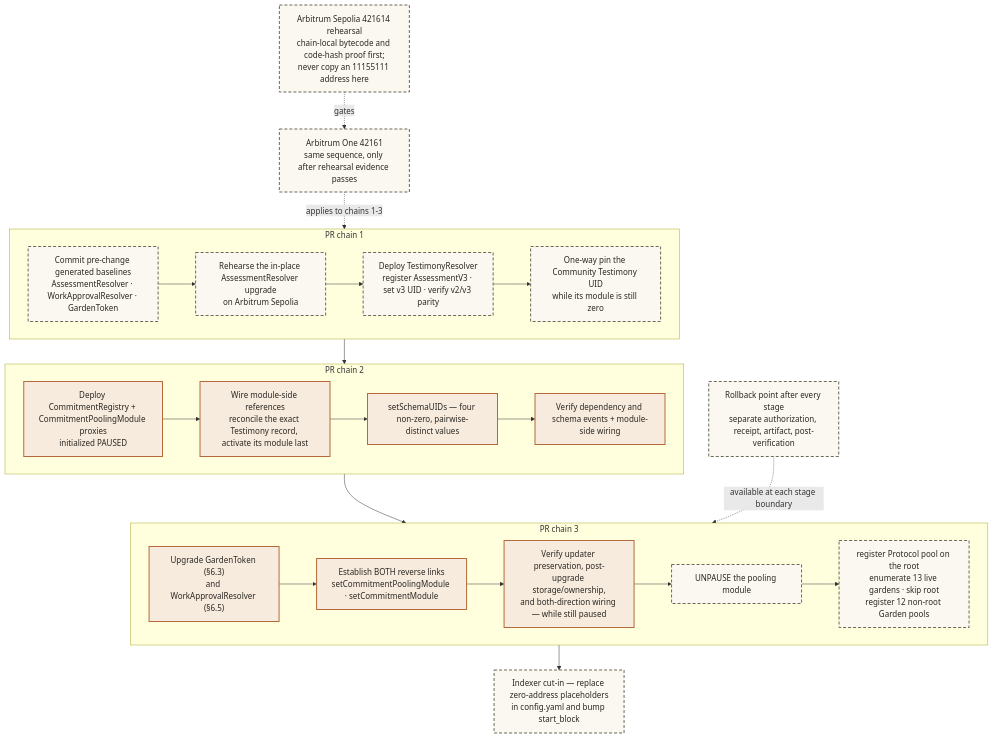
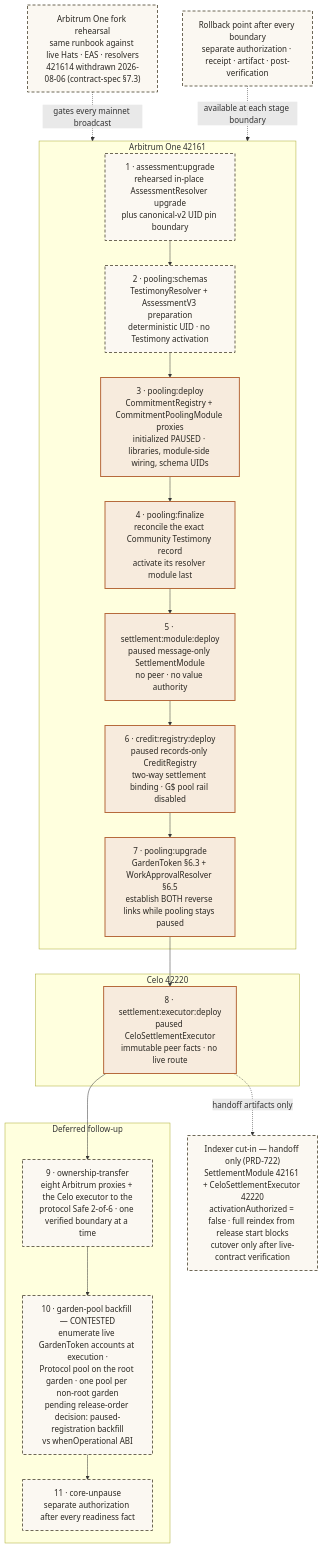
Diagram 38 of 43 in .plans/active/commitment-pooling/diagrams.md (greenpill-dev-guild/green-goods), drawn with Mermaid before and after one commit. The commit also changed other lines of this file and 6 other files, not shown here.

First line of the commit message:
docs(commitment-pooling): realign the architecture tab with the merged contracts

````diff
--- a/.plans/active/commitment-pooling/diagrams.md
+++ b/.plans/active/commitment-pooling/diagrams.md
@@ -2240,44 +2287,40 @@
 ```mermaid
 flowchart TB
-  subgraph C1["PR chain 1"]
-    A1["Commit pre-change generated baselines<br/>AssessmentResolver · WorkApprovalResolver · GardenToken"]
-    A2["Rehearse the in-place AssessmentResolver upgrade<br/>on Arbitrum Sepolia"]
-    A3["Deploy TestimonyResolver<br/>register AssessmentV3 · set v3 UID · verify v2/v3 parity"]
-    A4["One-way pin the Community Testimony UID<br/>while its module is still zero"]
-    A1 --> A2 --> A3 --> A4
+  subgraph ARB1["Arbitrum One 42161"]
+    S1["1 · assessment:upgrade<br/>rehearsed in-place AssessmentResolver upgrade<br/>plus canonical-v2 UID pin boundary"]
+    S2["2 · pooling:schemas<br/>TestimonyResolver + AssessmentV3 preparation<br/>deterministic UID · no Testimony activation"]
+    S3["3 · pooling:deploy<br/>CommitmentRegistry + CommitmentPoolingModule proxies<br/>initialized PAUSED · libraries, module-side wiring, schema UIDs"]
+    S4["4 · pooling:finalize<br/>reconcile the exact Community Testimony record<br/>activate its resolver module last"]
+    S5["5 · settlement:module:deploy<br/>paused message-only SettlementModule<br/>no peer · no value authority"]
+    S6["6 · credit:registry:deploy<br/>paused records-only CreditRegistry<br/>two-way settlement binding · G$ pool rail disabled"]
+    S7["7 · pooling:upgrade<br/>GardenToken §6.3 + WorkApprovalResolver §6.5<br/>establish BOTH reverse links while pooling stays paused"]
+    S1 --> S2 --> S3 --> S4 --> S5 --> S6 --> S7
   end
 
-  subgraph C2["PR chain 2"]
-    B1["Deploy CommitmentRegistry + CommitmentPoolingModule proxies<br/>initialized PAUSED"]
-    B2["Wire module-side references<br/>reconcile the exact Testimony record, activate its module last"]
-    B3["setSchemaUIDs — four non-zero, pairwise-distinct values"]
-    B4["Verify dependency and schema events + module-side wiring"]
-    B1 --> B2 --> B3 --> B4
+  subgraph CELO1["Celo 42220"]
+    S8["8 · settlement:executor:deploy<br/>paused CeloSettlementExecutor<br/>immutable peer facts · no live route"]
   end
 
-  subgraph C3["PR chain 3"]
-    D1["Upgrade GardenToken (§6.3)<br/>and WorkApprovalResolver (§6.5)"]
-    D5["Establish BOTH reverse links<br/>setCommitmentPoolingModule · setCommitmentModule"]
-    D6["Verify updater preservation, post-upgrade storage/ownership,<br/>and both-direction wiring — while still paused"]
-    D8["UNPAUSE the pooling module"]
-    D9["register Protocol pool on the root<br/>enumerate 13 live gardens · skip root<br/>register 12 non-root Garden pools"]
-    D1 --> D5 --> D6 --> D8 --> D9
+  subgraph FOLLOW["Deferred follow-up"]
+    S9["9 · ownership-transfer<br/>eight Arbitrum proxies + the Celo executor to the<br/>protocol Safe 2-of-6 · one verified boundary at a time"]
+    S10["10 · garden-pool backfill — CONTESTED<br/>enumerate live GardenToken accounts at execution ·<br/>Protocol pool on the root garden · one pool per non-root garden<br/>pending release-order decision: paused-registration backfill<br/>vs whenOperational ABI"]
+    S11["11 · core-unpause<br/>separate authorization after every readiness fact"]
+    S9 --> S10 --> S11
   end
 
-  C4["Indexer cut-in — replace zero-address placeholders<br/>in config.yaml and bump start_block"]
+  IDX["Indexer cut-in — handoff only (PRD-722)<br/>SettlementModule 42161 + CeloSettlementExecutor 42220<br/>activationAuthorized = false · full reindex from release start blocks<br/>cutover only after live-contract verification"]
 
-  REHEARSE["Arbitrum Sepolia 421614 rehearsal<br/>chain-local bytecode and code-hash proof first;<br/>never copy an 11155111 address here"]
-  MAINNET["Arbitrum One 42161<br/>same sequence, only after rehearsal evidence passes"]
-  ROLLBACK["Rollback point after every stage<br/>separate authorization, receipt, artifact, post-verification"]
+  REHEARSE["Arbitrum One fork rehearsal<br/>same runbook against live Hats · EAS · resolvers<br/>421614 withdrawn 2026-08-06 (contract-spec §7.3)"]
+  ROLLBACK["Rollback point after every boundary<br/>separate authorization · receipt · artifact · post-verification"]
 
-  C1 --> C2 --> C3 --> C4
-  REHEARSE -.->|"gates"| MAINNET
-  MAINNET -.->|"applies to chains 1-3"| C1
-  ROLLBACK -.->|"available at each stage boundary"| C3
+  S7 --> S8
+  S8 --> S9
+  S8 -.->|"handoff artifacts only"| IDX
+  REHEARSE -.->|"gates every mainnet broadcast"| ARB1
+  ROLLBACK -.->|"available at each stage boundary"| ARB1
 
   classDef planned fill:#fbf8f2,stroke:#6e6857,stroke-width:2px,stroke-dasharray:6 4,color:#2a2722
   classDef paused fill:#f7ebdd,stroke:#b66a3c,stroke-width:2px,color:#2a2722
-  class A1,A2,A3,A4,C4,REHEARSE,MAINNET,ROLLBACK planned
-  class B1,B2,B3,B4,D1,D5,D6 paused
-  class D8,D9 planned
+  class S1,S2,S9,S10,S11,IDX,REHEARSE,ROLLBACK planned
+  class S3,S4,S5,S6,S7,S8 paused
 ```
````
